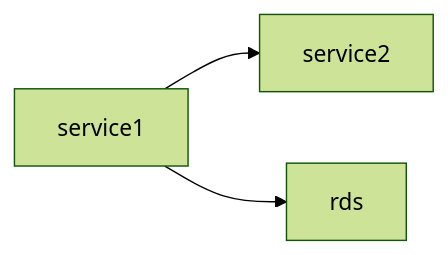
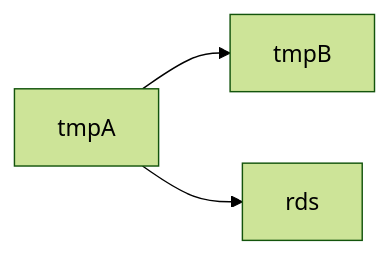
One commit to Yuji-Doken/tmpA changed the diagram in README.md. Above: the diagram before and after it, drawn with Mermaid (forest theme).

````diff
--- a/README.md
+++ b/README.md
@@ -3,5 +3,5 @@
 ```mermaid
 flowchart LR
-    service1 --> service2
-    service1 --> rds
+    tmpA --> tmpB
+    tmpA --> rds
 ```
````
